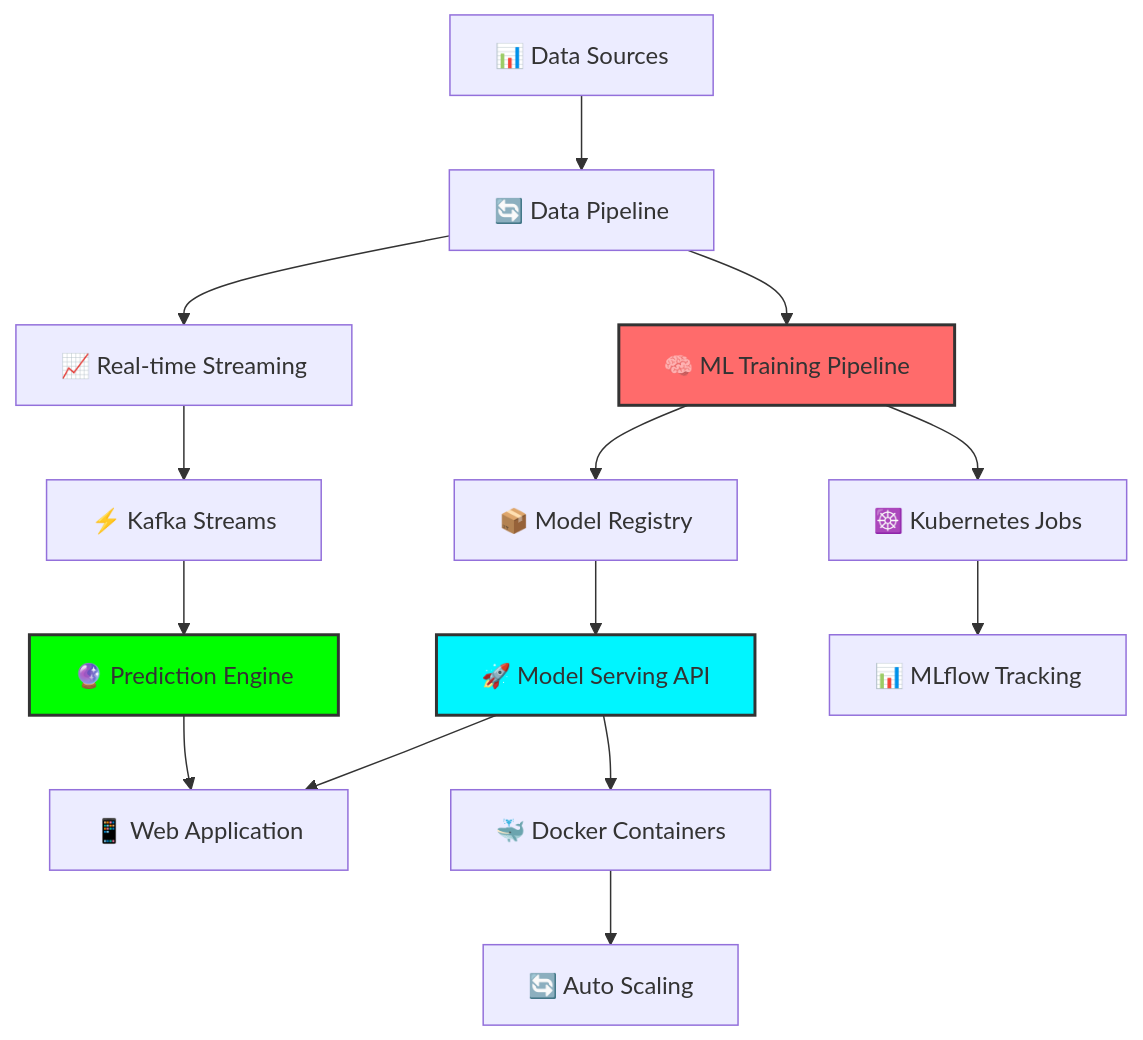
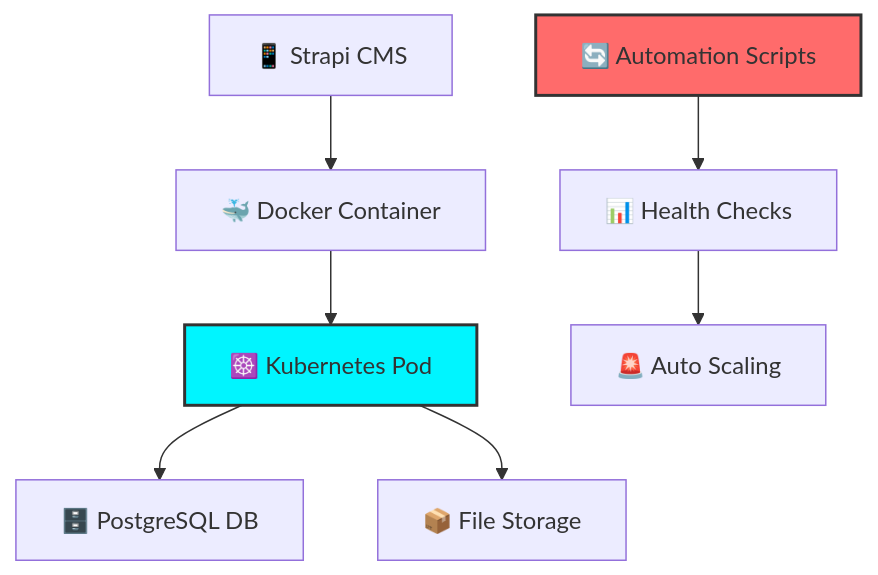
One commit to vikky1701/vikky1701 changed the third of 4 diagrams in README.md. Above: the diagram before and after it, drawn with Mermaid. The commit also changed other lines of this file, not shown here.

````diff
--- a/README.md
+++ b/README.md
@@ -230,22 +211,12 @@
 ```mermaid
 graph TD
-    A[📊 Data Sources] --> B[🔄 Data Pipeline]
-    B --> C[🧠 ML Training Pipeline]
-    C --> D[📦 Model Registry]
-    D --> E[🚀 Model Serving API]
-    E --> F[📱 Web Application]
+    A[📱 Strapi CMS] --> B[🐳 Docker Container]
+    B --> C[☸️ Kubernetes Pod]
+    C --> D[🗄️ PostgreSQL DB]
+    C --> E[📦 File Storage]
+    F[🔄 Automation Scripts] --> G[📊 Health Checks]
+    G --> H[🚨 Auto Scaling]
     
-    B --> G[📈 Real-time Streaming]
-    G --> H[⚡ Kafka Streams]
-    H --> I[🔮 Prediction Engine]
-    I --> F
-    
-    C --> J[☸️ Kubernetes Jobs]
-    J --> K[📊 MLflow Tracking]
-    E --> L[🐳 Docker Containers]
-    L --> M[🔄 Auto Scaling]
-    
-    style C fill:#ff6b6b,stroke:#333,stroke-width:2px
-    style E fill:#00f5ff,stroke:#333,stroke-width:2px
-    style I fill:#00ff00,stroke:#333,stroke-width:2px
+    style F fill:#ff6b6b,stroke:#333,stroke-width:2px
+    style C fill:#00f5ff,stroke:#333,stroke-width:2px
 ```
````
